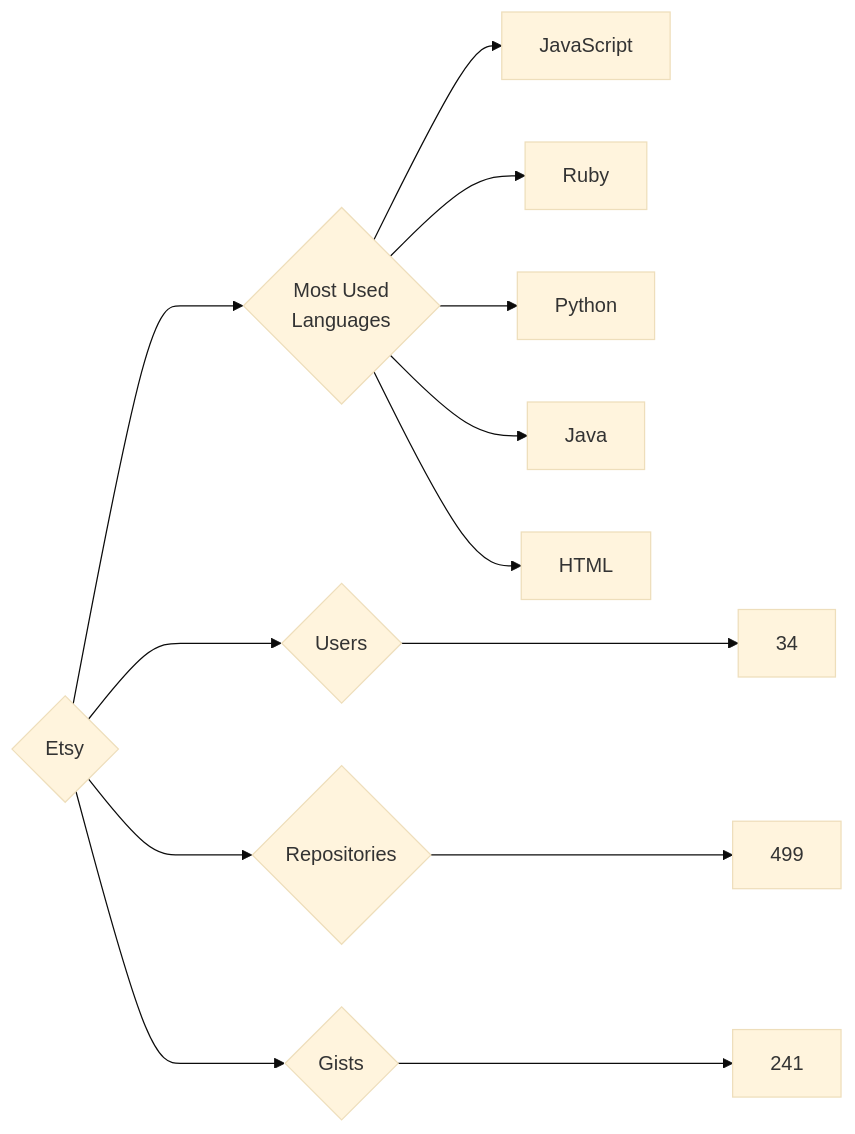
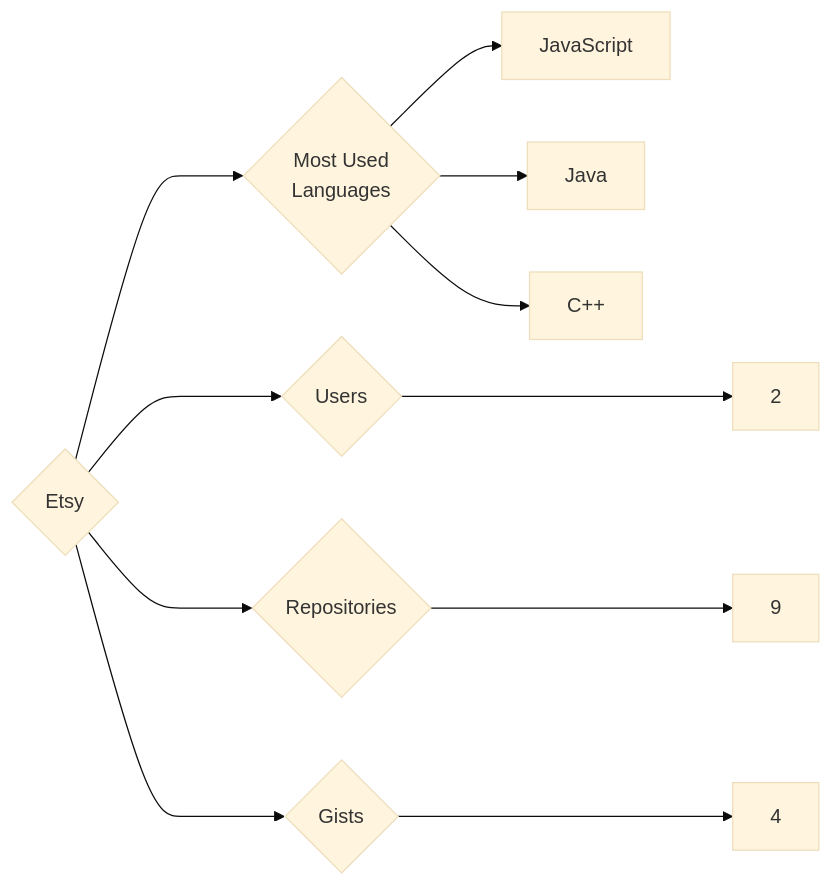
The diagram in targets/Etsy/README.md (trickest/insiders), drawn with Mermaid (base theme) before and after one commit. The commit also changed 934 other files, not shown here.

````diff
--- a/targets/Etsy/README.md
+++ b/targets/Etsy/README.md
@@ -3,13 +3,11 @@
 ```mermaid
 graph LR
 COMPANY_NAME{Etsy}
-COMPANY_NAME ---> U{Users} ---> UN[34]
-COMPANY_NAME ---> R{Repositories} ---> RN[499]
-COMPANY_NAME ---> G{Gists} ---> GN[241]
+COMPANY_NAME ---> U{Users} ---> UN[2]
+COMPANY_NAME ---> R{Repositories} ---> RN[9]
+COMPANY_NAME ---> G{Gists} ---> GN[4]
 COMPANY_NAME ---> ML{Most Used<br>Languages}
 ML --> JavaScript[JavaScript]
-ML --> Ruby[Ruby]
-ML --> Python[Python]
 ML --> Java[Java]
-ML --> HTML[HTML]
+ML --> C++[C++]
 ```
````
